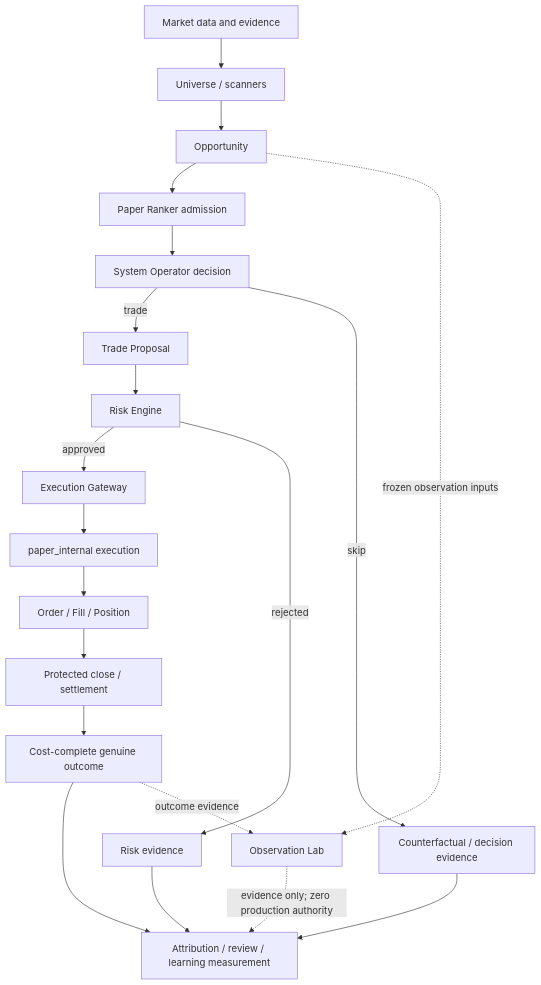
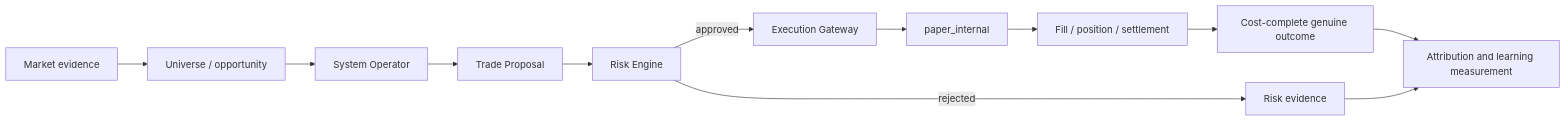
Before and after one commit to iridyne/aletheia: the diagram in README.md, drawn with Mermaid. The commit also changed other lines of this file and 5 other files, not shown here.

````diff
--- a/README.md
+++ b/README.md
@@ -74,23 +46,14 @@
 ```mermaid
-flowchart TD
-    A[Market data and evidence] --> B[Universe / scanners]
-    B --> C[Opportunity]
-    C --> D[Paper Ranker admission]
-    D --> E[System Operator decision]
-    E -->|trade| F[Trade Proposal]
-    E -->|skip| X[Counterfactual / decision evidence]
-    F --> G[Risk Engine]
-    G -->|approved| H[Execution Gateway]
-    G -->|rejected| Y[Risk evidence]
-    H --> I[paper_internal execution]
-    I --> J[Order / Fill / Position]
-    J --> K[Protected close / settlement]
-    K --> L[Cost-complete genuine outcome]
-    L --> M[Attribution / review / learning measurement]
-    X --> M
-    Y --> M
-
-    C -. frozen observation inputs .-> O[Observation Lab]
-    L -. outcome evidence .-> O
-    O -. evidence only; zero production authority .-> M
+flowchart LR
+    A[Market evidence] --> B[Universe / opportunity]
+    B --> C[System Operator]
+    C --> D[Trade Proposal]
+    D --> E[Risk Engine]
+    E -->|approved| F[Execution Gateway]
+    E -->|rejected| G[Risk evidence]
+    F --> H[paper_internal]
+    H --> I[Fill / position / settlement]
+    I --> J[Cost-complete genuine outcome]
+    J --> K[Attribution and learning measurement]
+    G --> K
 ```
````
